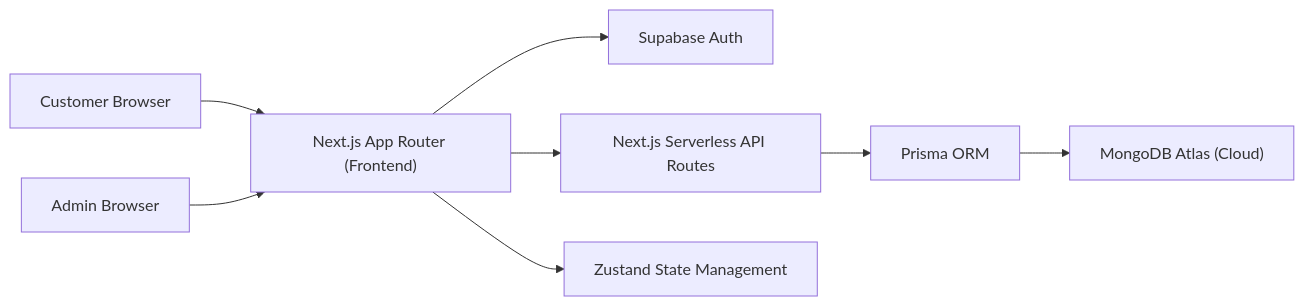
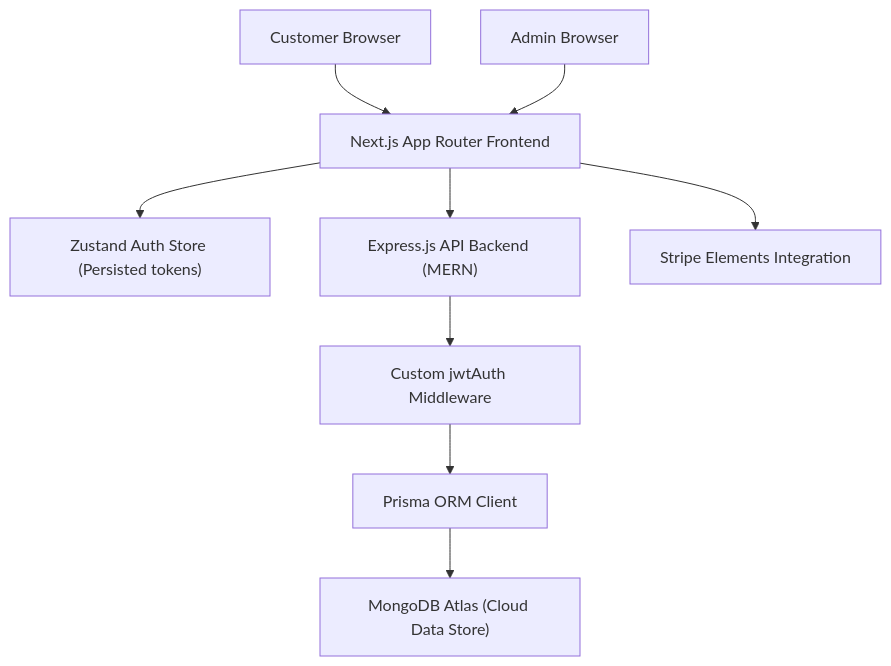
The diagram in README.md (Arslan-web-Dev/full-stack-Electronics-eCommerce-Shop), drawn with Mermaid before and after one commit. The commit also changed other lines of this file, not shown here.

````diff
--- a/README.md
+++ b/README.md
@@ -20,13 +21,14 @@
 ```mermaid
-flowchart LR
-  User["Customer Browser"] --> Next["Next.js App Router (Frontend)"]
-  Admin["Admin Browser"] --> Next
+flowchart TD
+  User["Customer Browser"] --> NextApp["Next.js App Router Frontend"]
+  Admin["Admin Browser"] --> NextApp
 
-  Next --> Supabase["Supabase Auth"]
-  Next --> APIRoutes["Next.js Serverless API Routes"]
-  
-  APIRoutes --> Prisma["Prisma ORM"]
-  Prisma --> Atlas["MongoDB Atlas (Cloud)"]
+  NextApp --> Zustand["Zustand Auth Store (Persisted tokens)"]
+  NextApp --> Express["Express.js API Backend (MERN)"]
 
-  Next --> Zustand["Zustand State Management"]
+  Express --> AuthMid["Custom jwtAuth Middleware"]
+  AuthMid --> Prisma["Prisma ORM Client"]
+  Prisma --> Atlas["MongoDB Atlas (Cloud Data Store)"]
+
+  NextApp --> StripeSDK["Stripe Elements Integration"]
 ```
````
